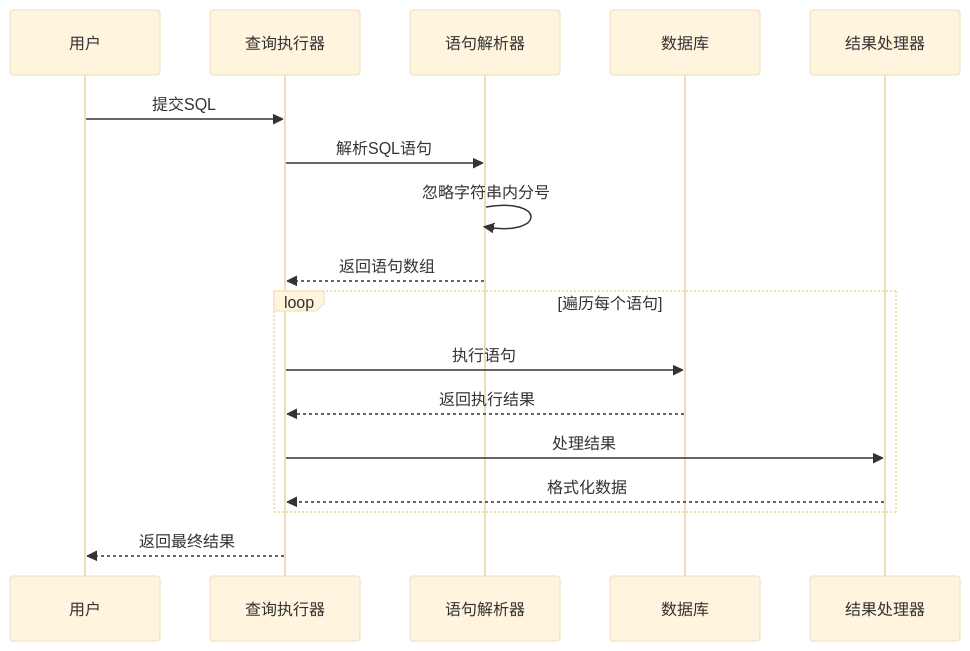
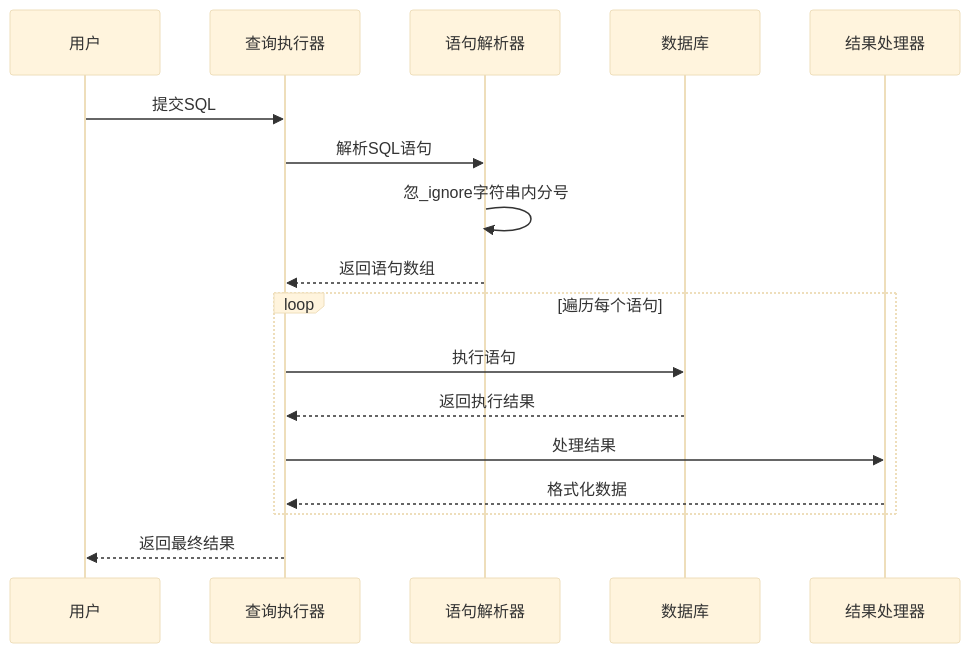
The seventh of 12 diagrams in .qoder/repowiki/zh/content/前端组件系统/SQL智能编辑功能.md (wwenbo2048/nexsql), drawn with Mermaid (base theme) before and after one commit. The commit also changed other lines of this file and 10 other files, not shown here.

````diff
--- a/.qoder/repowiki/zh/content/前端组件系统/SQL智能编辑功能.md
+++ b/.qoder/repowiki/zh/content/前端组件系统/SQL智能编辑功能.md
@@ -249,19 +324,19 @@
 ```mermaid
 sequenceDiagram
 participant User as 用户
 participant Executor as 查询执行器
 participant Parser as 语句解析器
 participant DB as 数据库
 participant Result as 结果处理器
 User->>Executor : 提交SQL
 Executor->>Parser : 解析SQL语句
-Parser->>Parser : 忽略字符串内分号
+Parser->>Parser : 忽_ignore字符串内分号
 Parser-->>Executor : 返回语句数组
 loop 遍历每个语句
 Executor->>DB : 执行语句
 DB-->>Executor : 返回执行结果
 Executor->>Result : 处理结果
 Result-->>Executor : 格式化数据
 end
 Executor-->>User : 返回最终结果
 ```
````
